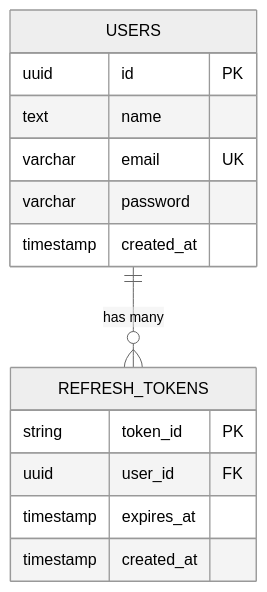
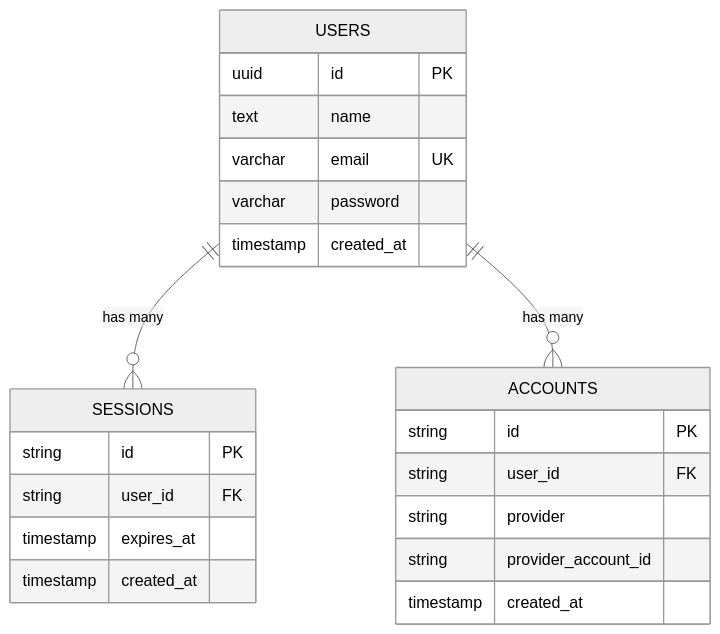
The fourth of 5 diagrams in api/README.md (AndreaGiulianini/fullstack_basic_starter), drawn with Mermaid (neutral theme) before and after one commit. The commit also changed other lines of this file and 37 other files, not shown here.

````diff
--- a/api/README.md
+++ b/api/README.md
@@ -219,19 +208,28 @@
 ```mermaid
 erDiagram
     USERS {
         uuid id PK
         text name
         varchar email UK
         varchar password
         timestamp created_at
     }
     
-    REFRESH_TOKENS {
-        string token_id PK
-        uuid user_id FK
+    SESSIONS {
+        string id PK
+        string user_id FK
         timestamp expires_at
         timestamp created_at
     }
     
-    USERS ||--o{ REFRESH_TOKENS : "has many"
+    ACCOUNTS {
+        string id PK
+        string user_id FK
+        string provider
+        string provider_account_id
+        timestamp created_at
+    }
+    
+    USERS ||--o{ SESSIONS : "has many"
+    USERS ||--o{ ACCOUNTS : "has many"
 ```
````
